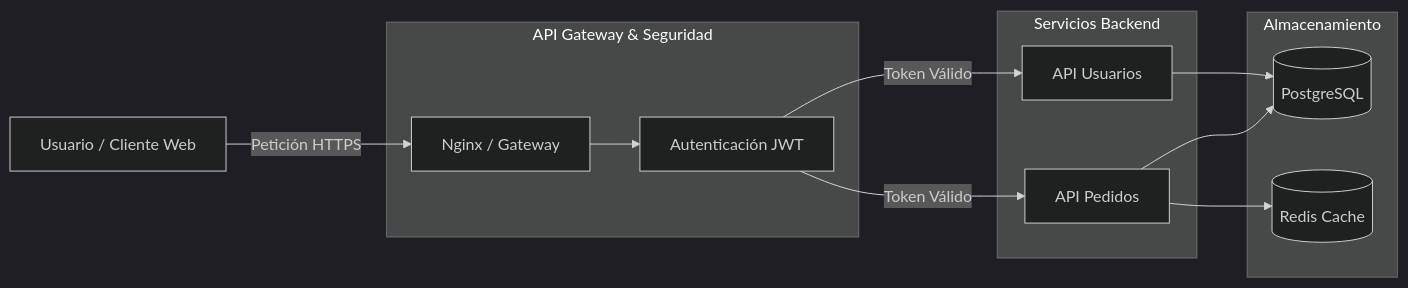
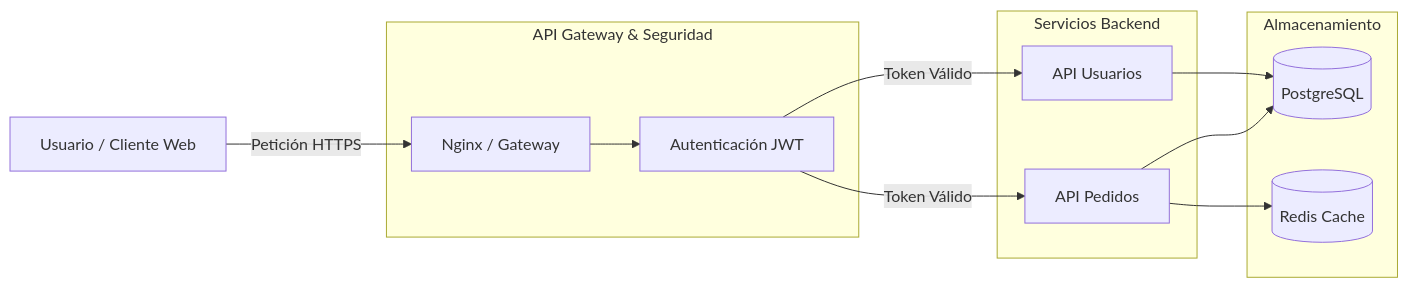
One commit to tuChaski/go-tacna-backend changed the diagram in diagrama1.mmd. Above: the diagram before and after it, drawn with Mermaid.

Commit message:
Update diagram theme to default prueba 6

```diff
--- a/diagrama1.mmd
+++ b/diagrama1.mmd
@@ -1,30 +1,30 @@
-%%{init: {'theme': 'dark'}}%%
+
 flowchart LR
     %% Definición de subgrafos (Capas)
     subgraph Capa_Seguridad [API Gateway & Seguridad]
         gateway[Nginx / Gateway]
         auth[Autenticación JWT]
     end
 
     subgraph Capa_Backend [Servicios Backend]
         api_pedidos[API Pedidos]
         api_usuarios[API Usuarios]
     end
 
     subgraph Capa_Datos [Almacenamiento]
         db_principal[(PostgreSQL)]
         db_cache[(Redis Cache)]
     end
 
     %% Componente Cliente sin estilos conflictivos
     usuario[Usuario / Cliente Web]
 
     %% Flujos y Conexiones
     usuario -- Petición HTTPS --> gateway
     gateway --> auth
     auth -- Token Válido --> api_pedidos
     auth -- Token Válido --> api_usuarios
     
     api_pedidos --> db_principal
     api_usuarios --> db_principal
     api_pedidos --> db_cache
```
